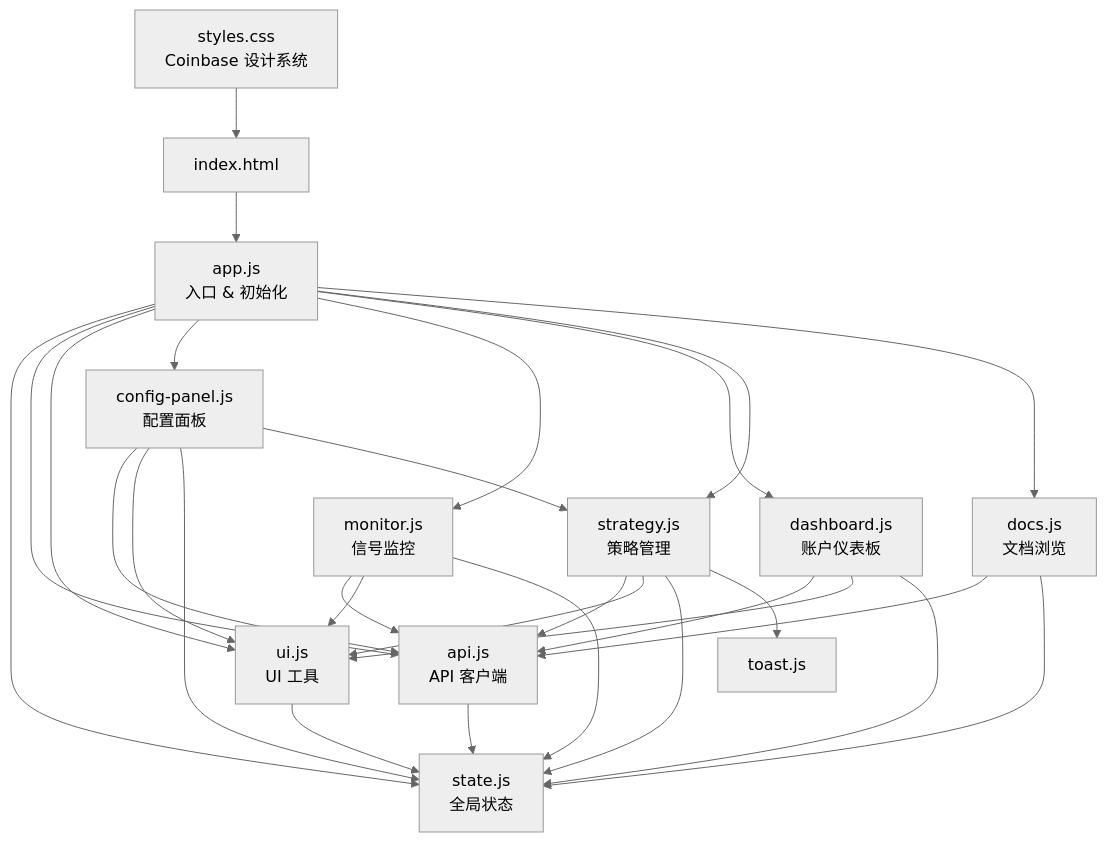
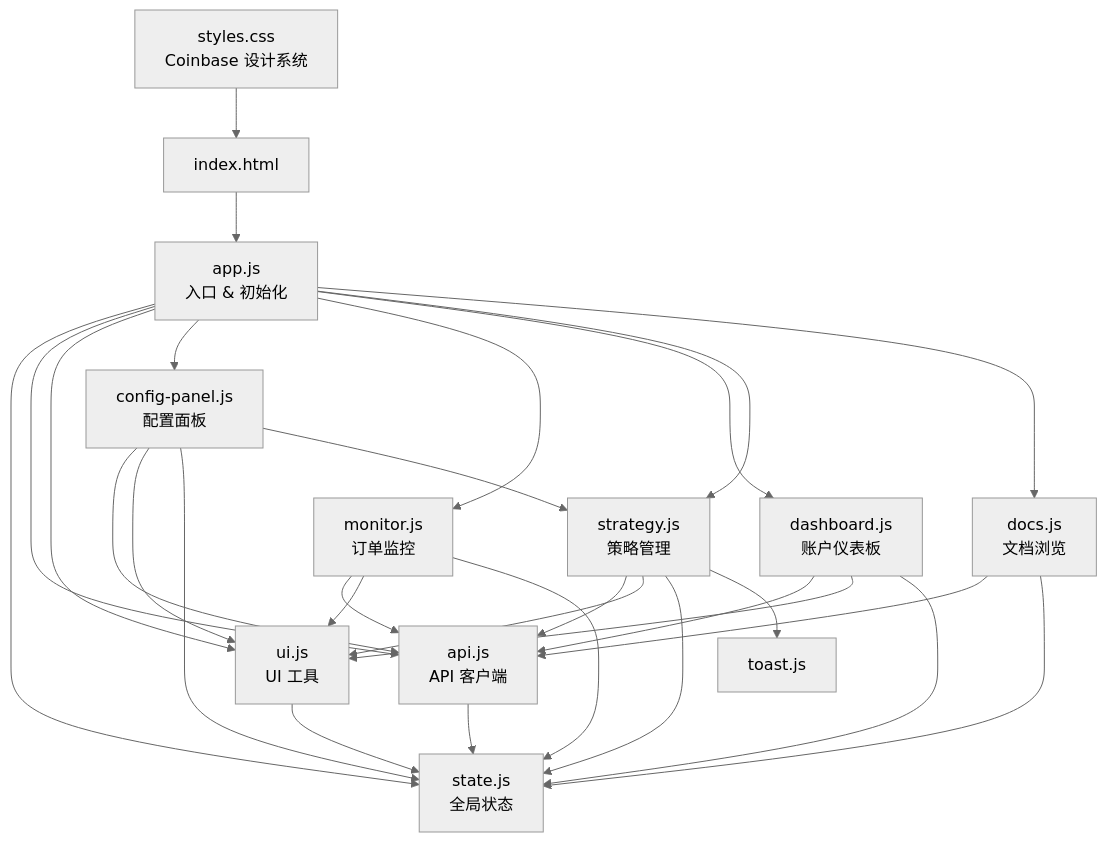
Before and after one commit to Dada-liu/QMT-Live-Assistant: the third of 4 diagrams in product-doc/IMPLEMENTATION_PLAN.md, drawn with Mermaid (neutral theme). The commit also changed other lines of this file and 1 other file, not shown here.

````diff
--- a/product-doc/IMPLEMENTATION_PLAN.md
+++ b/product-doc/IMPLEMENTATION_PLAN.md
@@ -291,33 +208,33 @@
 ```mermaid
 graph TB
     APP["app.js<br/>入口 & 初始化"] --> STATE["state.js<br/>全局状态"]
     APP --> API["api.js<br/>API 客户端"]
     APP --> UI["ui.js<br/>UI 工具"]
     APP --> CFG["config-panel.js<br/>配置面板"]
-    APP --> MON["monitor.js<br/>信号监控"]
+    APP --> MON["monitor.js<br/>订单监控"]
     APP --> DASH["dashboard.js<br/>账户仪表板"]
     APP --> STRAT["strategy.js<br/>策略管理"]
     APP --> DOCS_JS["docs.js<br/>文档浏览"]
 
     CFG --> API
     CFG --> UI
     CFG --> STATE
     CFG --> STRAT
     MON --> API
     MON --> UI
     MON --> STATE
     DASH --> API
     DASH --> UI
     DASH --> STATE
     STRAT --> API
     STRAT --> UI
     STRAT --> STATE
     STRAT --> TOAST["toast.js"]
     API --> STATE
     UI --> STATE
     DOCS_JS --> API
     DOCS_JS --> STATE
 
     HTML["index.html"] --> APP
     CSS["styles.css<br/>Coinbase 设计系统"] --> HTML
 ```
````
